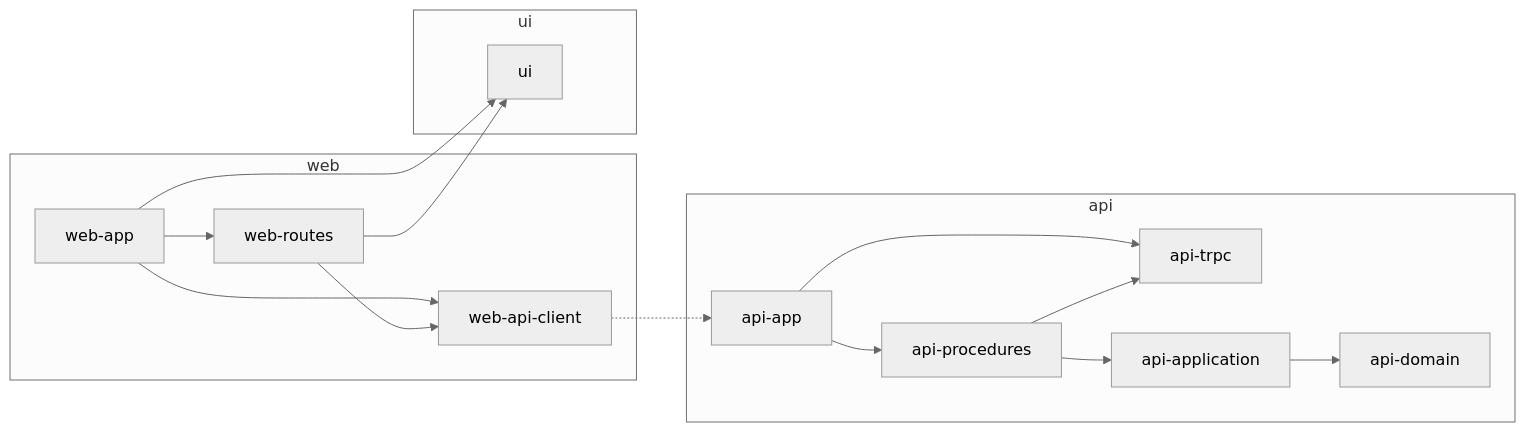
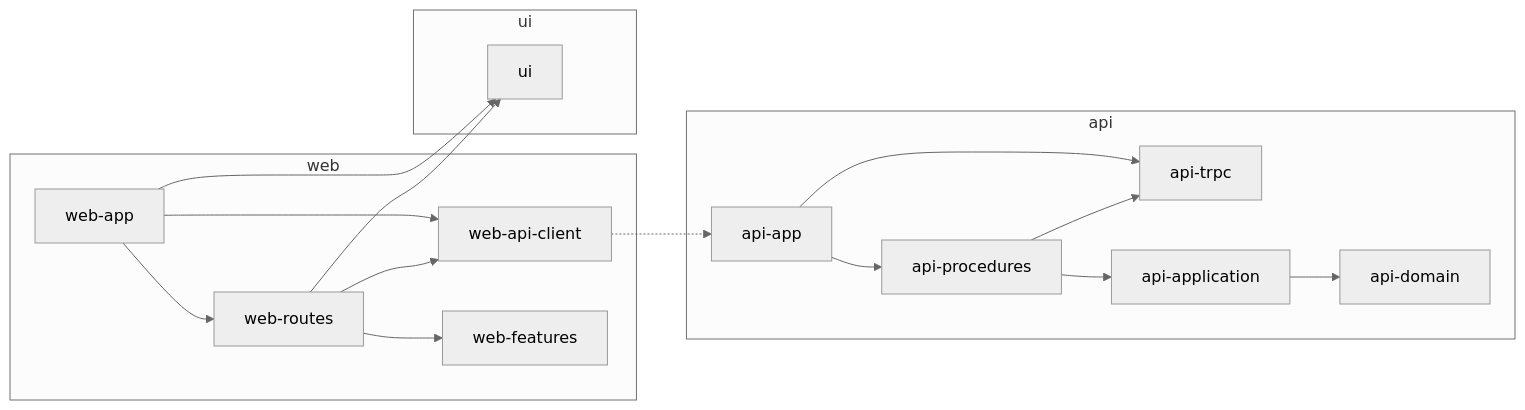
Before and after one commit to BenSheridanEdwards/AgenticRepoTemplate: the diagram in apps/architecture.mmd, drawn with Mermaid (neutral theme). The commit also changed 13 other files, not shown here.

```diff
--- a/apps/architecture.mmd
+++ b/apps/architecture.mmd
@@ -1,28 +1,30 @@
 %% Generated by tooling/architecture/diagram.mjs (pnpm arch:diagram): result reference (apps), the role edges of Fallow's import graph. Do not edit.
 flowchart LR
   subgraph kind_web["web"]
     web_app["web-app"]
     web_api_client["web-api-client"]
     web_routes["web-routes"]
+    web_features["web-features"]
   end
   subgraph kind_api["api"]
     api_app["api-app"]
     api_trpc["api-trpc"]
     api_procedures["api-procedures"]
     api_application["api-application"]
     api_domain["api-domain"]
   end
   subgraph kind_ui["ui"]
     ui["ui"]
   end
   api_app --> api_procedures
   api_app --> api_trpc
   api_application --> api_domain
   api_procedures --> api_application
   api_procedures --> api_trpc
   web_api_client -.-> api_app
   web_app --> ui
   web_app --> web_api_client
   web_app --> web_routes
   web_routes --> ui
   web_routes --> web_api_client
+  web_routes --> web_features
```
